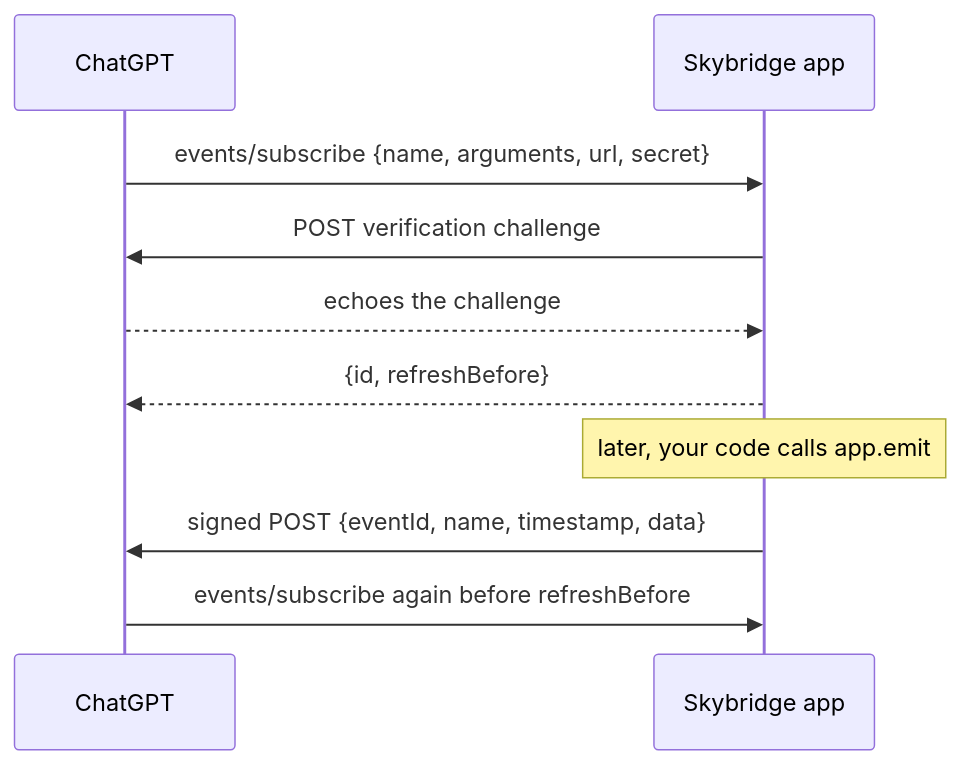
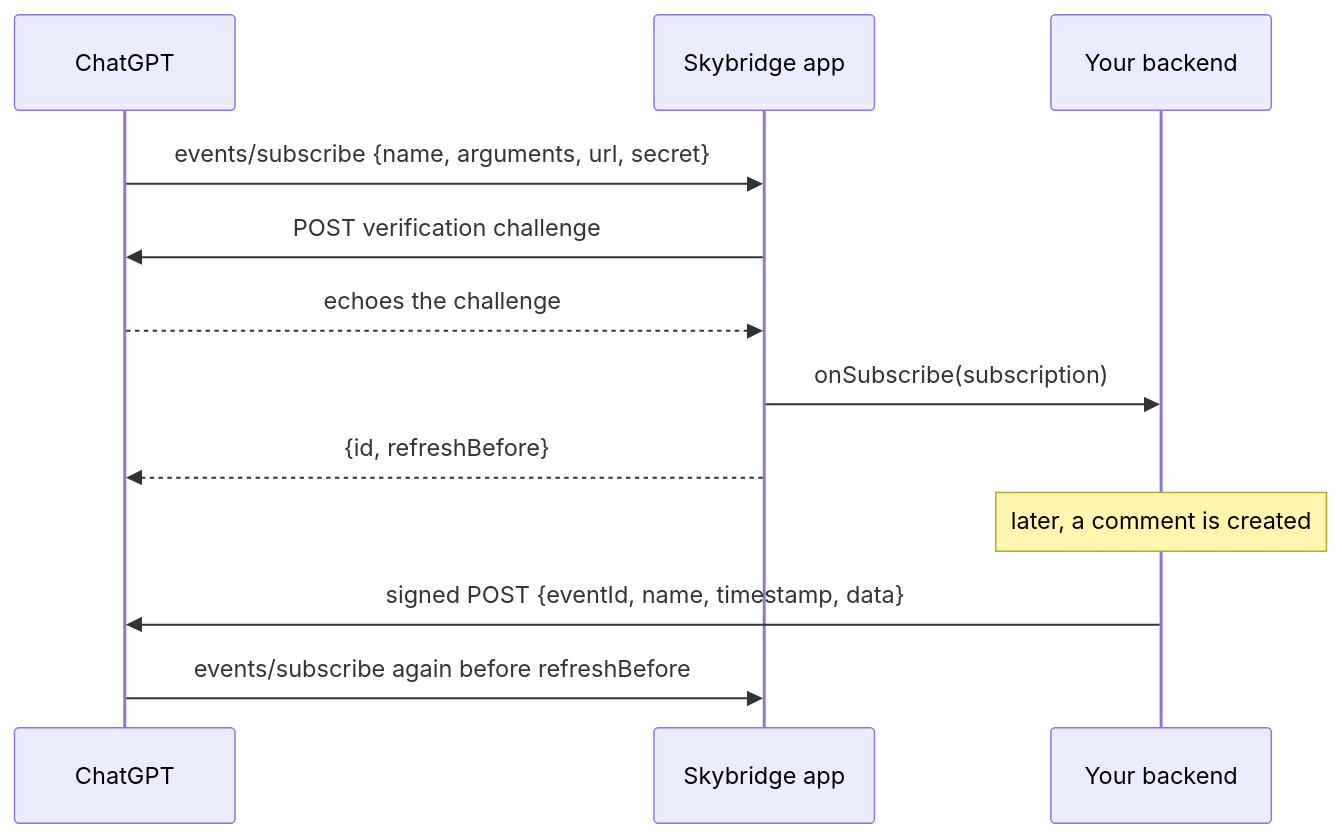
Before and after one commit to alpic-ai/skybridge: the diagram in docs/api-reference/register-event.mdx, drawn with Mermaid. The commit also changed other lines of this file and 8 other files, not shown here.

Commit message:
refactor(core): hand event subscriptions to onSubscribe/onUnsubscribe and export deliverEvent

````diff
--- a/docs/api-reference/register-event.mdx
+++ b/docs/api-reference/register-event.mdx
@@ -82,12 +111,14 @@
 ```mermaid
 sequenceDiagram
     participant Host as ChatGPT
     participant App as Skybridge app
+    participant Backend as Your backend
     Host->>App: events/subscribe {name, arguments, url, secret}
     App->>Host: POST verification challenge
     Host-->>App: echoes the challenge
+    App->>Backend: onSubscribe(subscription)
     App-->>Host: {id, refreshBefore}
-    Note over App: later, your code calls app.emit
-    App->>Host: signed POST {eventId, name, timestamp, data}
+    Note over Backend: later, a comment is created
+    Backend->>Host: signed POST {eventId, name, timestamp, data}
     Host->>App: events/subscribe again before refreshBefore
 ```
````
